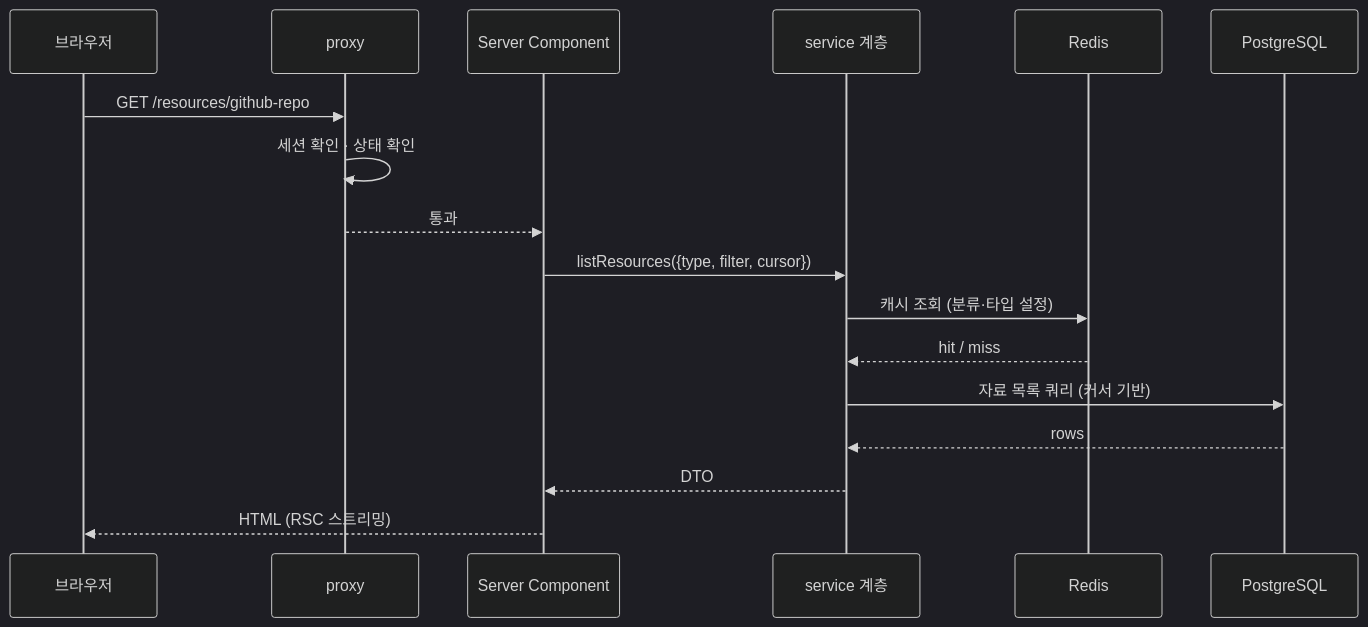
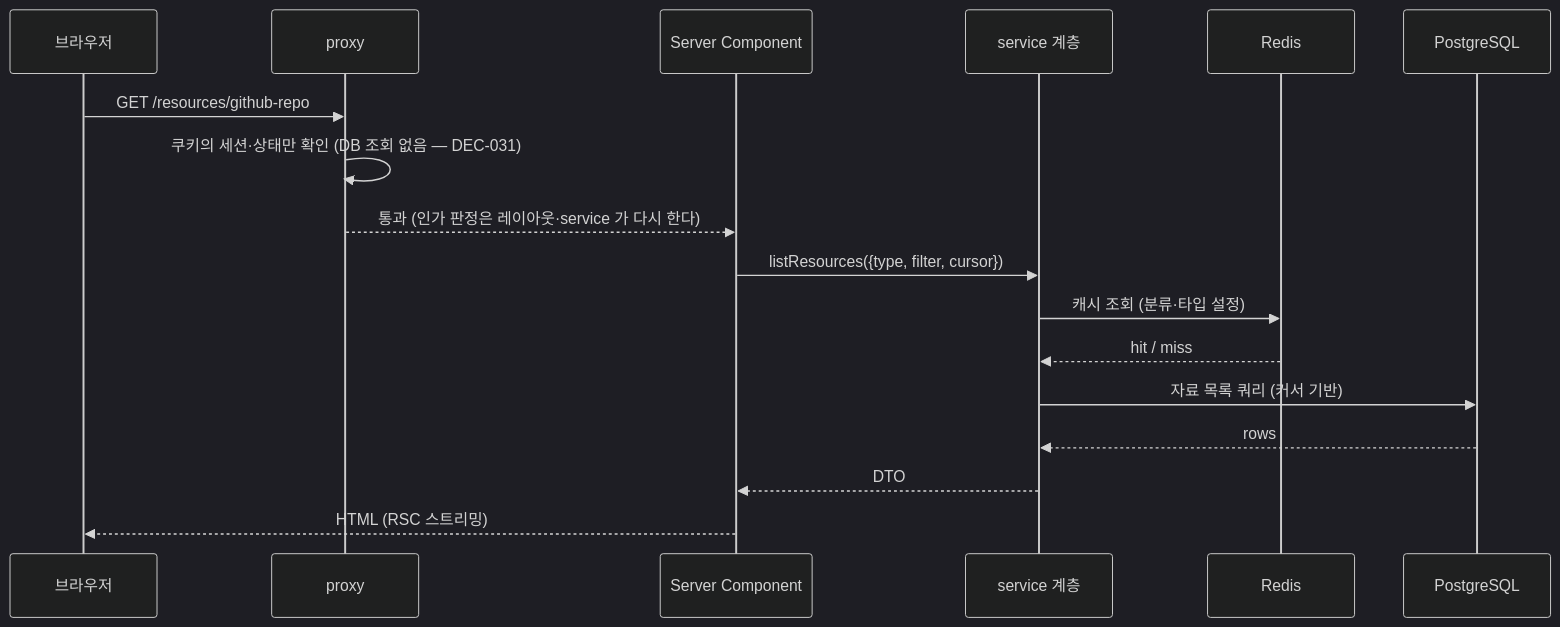
One commit to anerjin/private_project_myteam changed the second of 4 diagrams in _docs/02.개발설계/01_시스템_아키텍처.md. Above: the diagram before and after it, drawn with Mermaid (dark theme). The commit also changed other lines of this file and 16 other files, not shown here.

````diff
--- a/_docs/02.개발설계/01_시스템_아키텍처.md
+++ b/_docs/02.개발설계/01_시스템_아키텍처.md
@@ -109,20 +113,20 @@
 ```mermaid
 sequenceDiagram
     participant B as 브라우저
     participant MW as proxy
     participant P as Server Component
     participant S as service 계층
     participant R as Redis
     participant D as PostgreSQL
 
     B->>MW: GET /resources/github-repo
-    MW->>MW: 세션 확인 · 상태 확인
-    MW-->>P: 통과
+    MW->>MW: 쿠키의 세션·상태만 확인 (DB 조회 없음 — DEC-031)
+    MW-->>P: 통과 (인가 판정은 레이아웃·service 가 다시 한다)
     P->>S: listResources({type, filter, cursor})
     S->>R: 캐시 조회 (분류·타입 설정)
     R-->>S: hit / miss
     S->>D: 자료 목록 쿼리 (커서 기반)
     D-->>S: rows
     S-->>P: DTO
     P-->>B: HTML (RSC 스트리밍)
 ```
````
